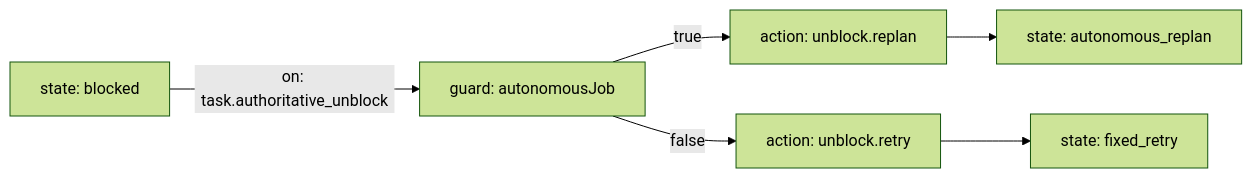
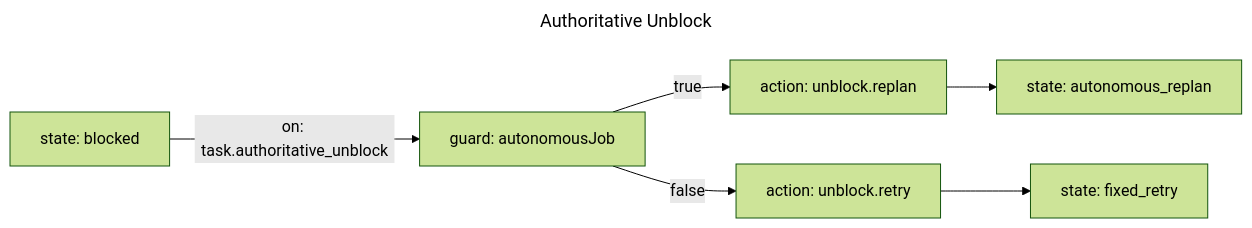
Before and after one commit to lalalic/agents-relay: the diagram in workflow/authoritative-unblock.mmd, drawn with Mermaid (forest theme). The commit also changed 19 other files, not shown here.

Commit message:
docs(workflow): describe each Mermaid graph with frontmatter

```diff
--- a/workflow/authoritative-unblock.mmd
+++ b/workflow/authoritative-unblock.mmd
@@ -1,15 +1,19 @@
+---
+title: Authoritative Unblock
+description: Validates authoritative unblock requests and safely resumes blocked workflow work.
+---
 flowchart LR
 %% relay: initial blocked
 blocked["state: blocked"]
 autonomous["state: autonomous_replan"]
 fixed["state: fixed_retry"]
 
 autonomousJob["guard: autonomousJob"]
 replan["action: unblock.replan"]
 retry["action: unblock.retry"]
 
 blocked -->|on: task.authoritative_unblock| autonomousJob
 autonomousJob -->|true| replan
 replan --> autonomous
 autonomousJob -->|false| retry
 retry --> fixed
```
